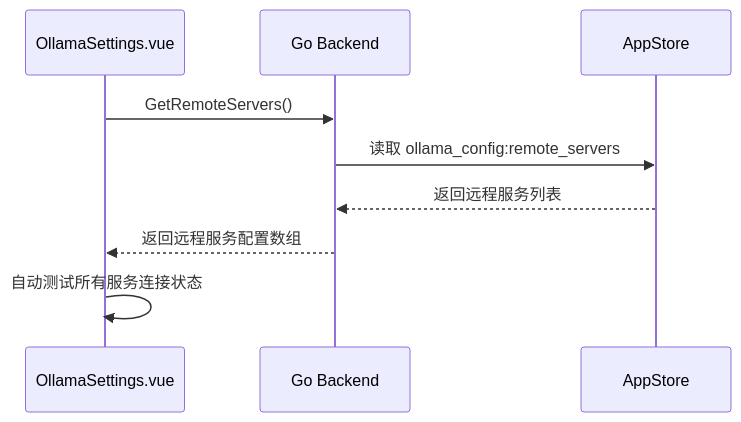
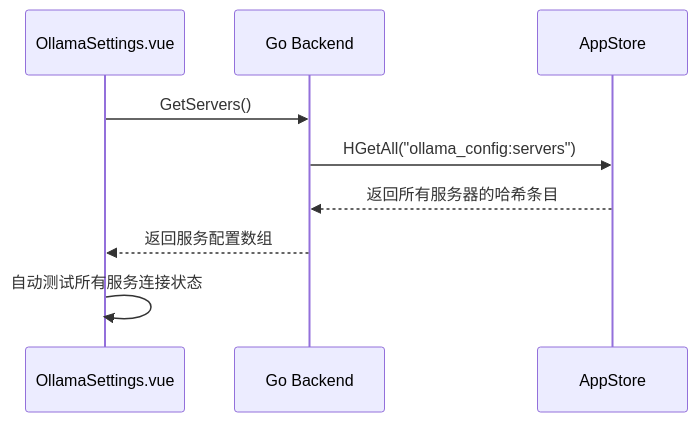
One commit to fzxs8/tools-ollama changed the first of 3 diagrams in docs/设计/ollama_settings/03.数据结构.md. Above: the diagram before and after it, drawn with Mermaid. The commit also changed other lines of this file and 8 other files, not shown here.

````diff
--- a/docs/设计/ollama_settings/03.数据结构.md
+++ b/docs/设计/ollama_settings/03.数据结构.md
@@ -128,13 +83,13 @@
 ```mermaid
 sequenceDiagram
     participant Vue as OllamaSettings.vue
     participant Go as Go Backend
     participant Store as AppStore
     
-    Vue->>Go: GetRemoteServers()
-    Go->>Store: 读取 ollama_config:remote_servers
-    Store-->>Go: 返回远程服务列表
-    Go-->>Vue: 返回远程服务配置数组
+    Vue->>Go: GetServers()
+    Go->>Store: HGetAll("ollama_config:servers")
+    Store-->>Go: 返回所有服务器的哈希条目
+    Go-->>Vue: 返回服务配置数组
     
     Vue->>Vue: 自动测试所有服务连接状态
 ```
````
